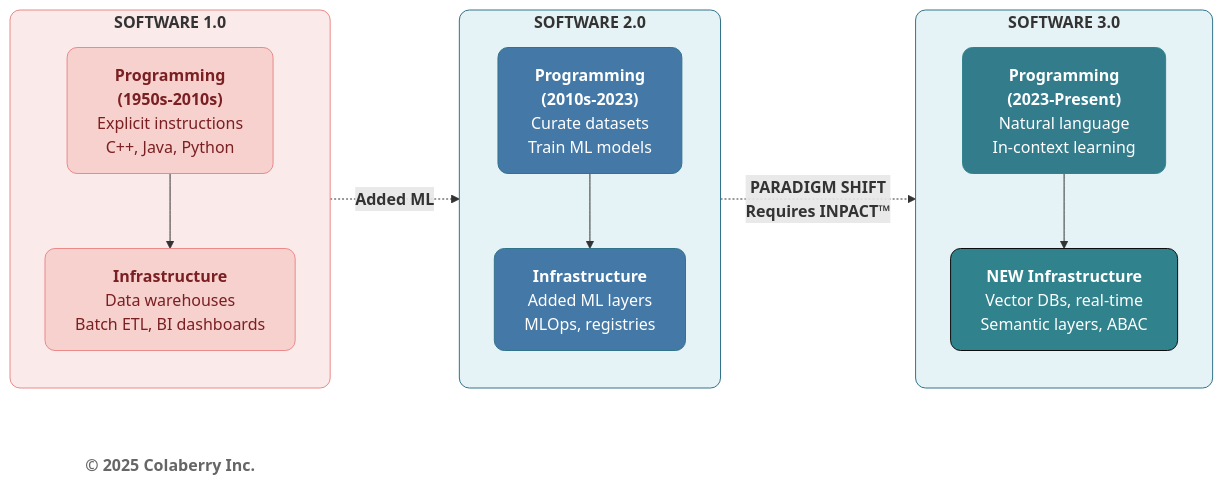
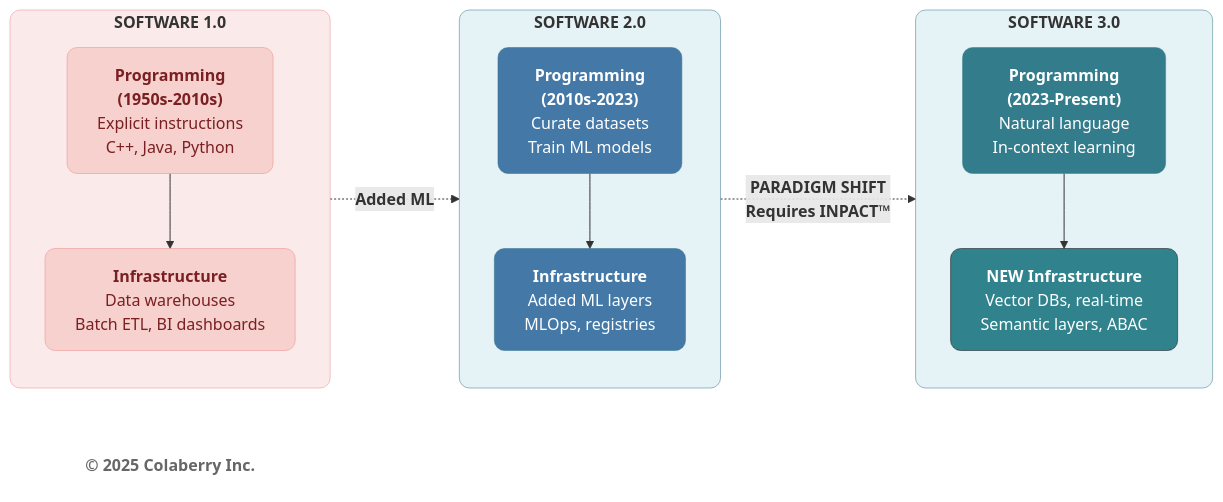
Before and after one commit to saitejesh-cyber/trust-before-intelligence-book: the second of 4 diagrams in manuscript/04_chapter_3_from_bi_to_agent.md, drawn with Mermaid. The commit also changed other lines of this file and 12 other files, not shown here.

Commit message:
Update stroke width to 0.5px instead of 1px to all the diagrams

````diff
--- a/manuscript/04_chapter_3_from_bi_to_agent.md
+++ b/manuscript/04_chapter_3_from_bi_to_agent.md
@@ -125,46 +125,46 @@
 ```mermaid
 graph LR
     subgraph era1["<b>SOFTWARE 1.0</b>"]
         direction TB
         P1["<b>Programming</b><br/><b>(1950s-2010s)</b><br/>Explicit instructions<br/>C++, Java, Python"]
         I1["<b>Infrastructure</b><br/>Data warehouses<br/>Batch ETL, BI dashboards"]
         P1 --> I1
     end
     
     subgraph era2["<b>SOFTWARE 2.0</b>"]
         direction TB
         P2["<b>Programming</b><br/><b>(2010s-2023)</b><br/>Curate datasets<br/>Train ML models"]
         I2["<b>Infrastructure</b><br/>Added ML layers<br/>MLOps, registries"]
         P2 --> I2
     end
     
     subgraph era3["<b>SOFTWARE 3.0</b>"]
         direction TB
         P3["<b>Programming</b><br/><b>(2023-Present)</b><br/>Natural language<br/>In-context learning"]
         I3["<b>NEW Infrastructure</b><br/>Vector DBs, real-time<br/>Semantic layers, ABAC"]
         P3 --> I3
     end
 
     era1 -.->|<b>Added ML</b>| era2
     era2 -.->|<b>PARADIGM SHIFT<br/>Requires INPACT™</b>| era3
 
 
     %% SOFTWARE 1.0 — Problems / Old Approach (CORAL)
-    style era1 fill:#FBEAEA,stroke:#EB898B,stroke-width:1px,rx:10,ry:10,rx:10,ry:10
-    style P1 fill:#F6D1CE,stroke:#EB898B,stroke-width:1px,color:#7A1F22,rx:10,ry:10
-    style I1 fill:#F6D1CE,stroke:#EB898B,stroke-width:1px,color:#7A1F22,rx:10,ry:10
+    style era1 fill:#FBEAEA,stroke:#EB898B,stroke-width:0.5px,rx:10,ry:10,rx:10,ry:10
+    style P1 fill:#F6D1CE,stroke:#EB898B,stroke-width:0.5px,color:#7A1F22,rx:10,ry:10
+    style I1 fill:#F6D1CE,stroke:#EB898B,stroke-width:0.5px,color:#7A1F22,rx:10,ry:10
 
     %% SOFTWARE 2.0 — Intermediate / Transition (MUTED BLUE)
-    style era2 fill:#E6F3F6,stroke:#32738C,stroke-width:1px,rx:10,ry:10
-    style P2 fill:#4478A6,stroke:#32738C,stroke-width:1px,color:#ffffff,rx:10,ry:10
-    style I2 fill:#4478A6,stroke:#32738C,stroke-width:1px,color:#ffffff,rx:10,ry:10
+    style era2 fill:#E6F3F6,stroke:#32738C,stroke-width:0.5px,rx:10,ry:10
+    style P2 fill:#4478A6,stroke:#32738C,stroke-width:0.5px,color:#ffffff,rx:10,ry:10
+    style I2 fill:#4478A6,stroke:#32738C,stroke-width:0.5px,color:#ffffff,rx:10,ry:10
 
     %% SOFTWARE 3.0 — Solution / Modern (TEAL)
-    style era3 fill:#E6F3F6,stroke:#32738C,stroke-width:1px,rx:10,ry:10
-    style P3 fill:#327C8C,stroke:#30838C,stroke-width:1px,color:#ffffff,rx:10,ry:10
-    style I3 fill:#30838C,stroke:#0D0D0D,stroke-width:1px,color:#ffffff,rx:10,ry:10
+    style era3 fill:#E6F3F6,stroke:#32738C,stroke-width:0.5px,rx:10,ry:10
+    style P3 fill:#327C8C,stroke:#30838C,stroke-width:0.5px,color:#ffffff,rx:10,ry:10
+    style I3 fill:#30838C,stroke:#0D0D0D,stroke-width:0.5px,color:#ffffff,rx:10,ry:10
 
     %% COPYRIGHT — Neutral
     Copyright["<b>© 2025 Colaberry Inc.</b>"]
     style Copyright fill:none,stroke:none,color:#666666
 ```
````
